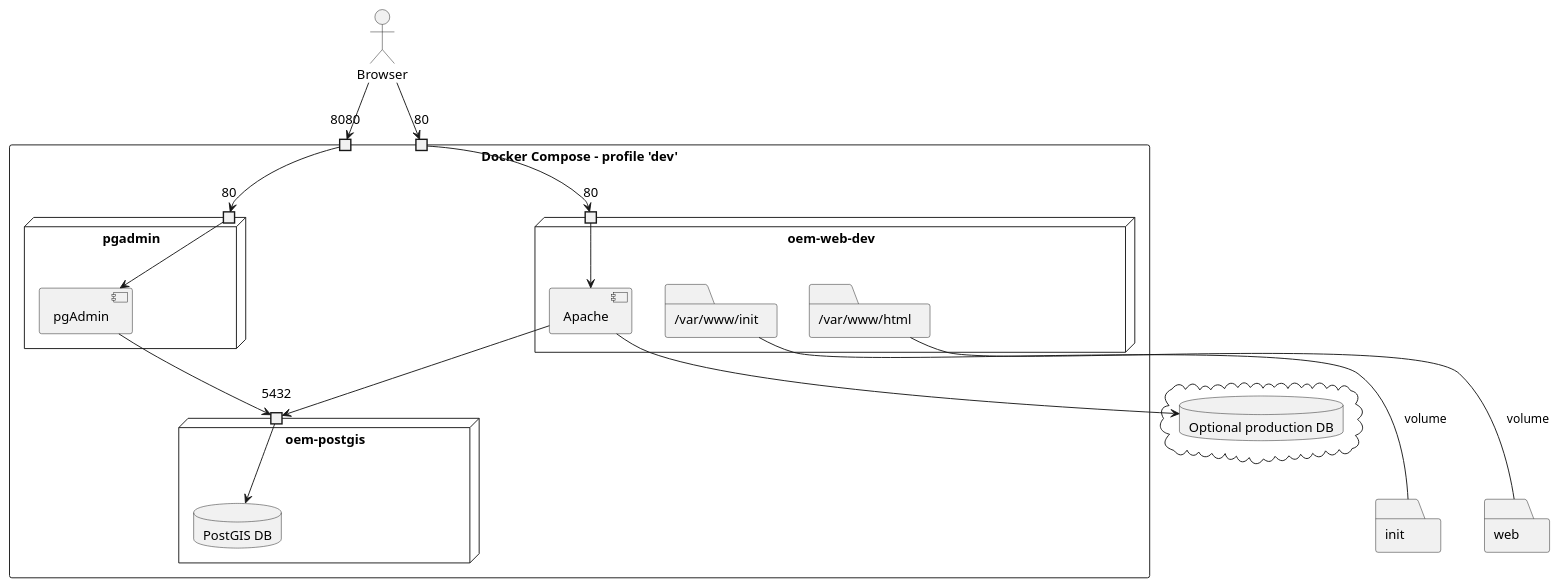
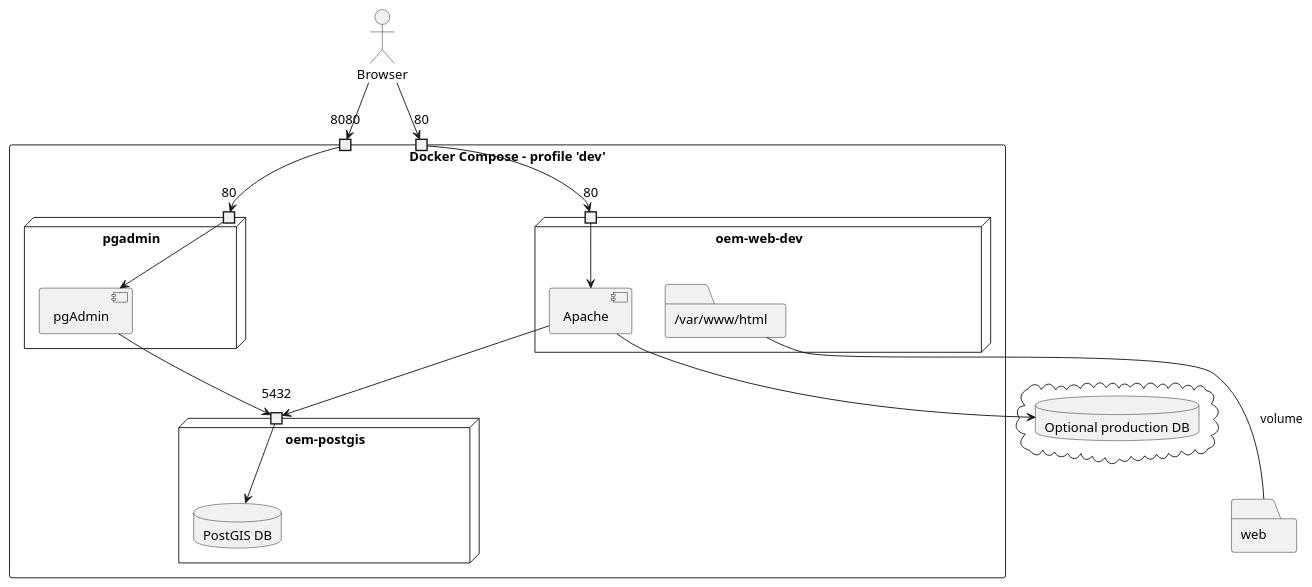
One commit to Danysan1/osm-wikidata-map-framework changed the diagram in images/dev_deployment.plantuml. Above: the diagram before and after it, drawn with PlantUML. The commit also changed 38 other files, not shown here.

```diff
--- a/images/dev_deployment.plantuml
+++ b/images/dev_deployment.plantuml
@@ -1,46 +1,43 @@
 @startuml dev_deployment
 
 actor Browser
 rectangle "Docker Compose - profile 'dev'" as docker {
   port "8080" as 8080docker
   port "80" as 80docker
   node "oem-postgis" {
     port 5432 as 5432db
     database "PostGIS DB" as db
   }
   node pgadmin {
     port "80" as 80pgAdmin
     component pgAdmin
   }
   node "oem-web-dev" {
     port "80" as 80webDev
     component Apache
-    folder "/var/www/init" as initRem
     folder "/var/www/html" as webRem
   }
 
 }
 cloud {
   database "Optional production DB" as extDB
 }
-folder "init" as initLoc
 folder "web" as webLoc
 
-initRem --- initLoc : volume
 webRem --- webLoc : volume
 
 Apache --> 5432db
 Apache --> extDB
 pgAdmin --> 5432db
 
 Browser --> 80docker
 Browser --> 8080docker
 
 80docker --> 80webDev
 8080docker --> 80pgAdmin
 
 80webDev -> Apache
 5432db -> db
 80pgAdmin -> pgAdmin
 
 @enduml
```
